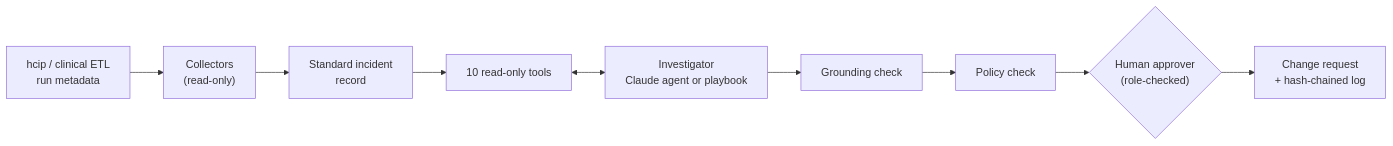
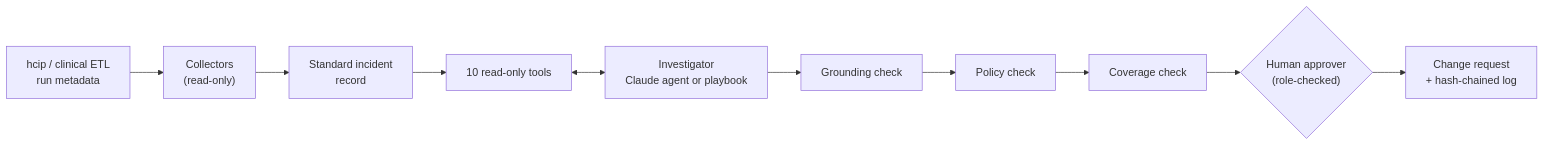
Before and after one commit to KilgoreC1024/healthcare-data-reliability-copilot: the diagram in README.md, drawn with Mermaid. The commit also changed other lines of this file and 20 other files, not shown here.

````diff
--- a/README.md
+++ b/README.md
@@ -143,11 +149,12 @@
 ```mermaid
 flowchart LR
     P["hcip / clinical ETL<br/>run metadata"] --> C["Collectors<br/>(read-only)"]
     C --> B["Standard incident<br/>record"]
     B --> T["10 read-only tools"]
     T <--> I["Investigator<br/>Claude agent or playbook"]
     I --> G["Grounding check"]
     G --> PO["Policy check"]
-    PO --> H{"Human approver<br/>(role-checked)"}
+    PO --> CO["Coverage check"]
+    CO --> H{"Human approver<br/>(role-checked)"}
     H --> CR["Change request<br/>+ hash-chained log"]
 ```
````
